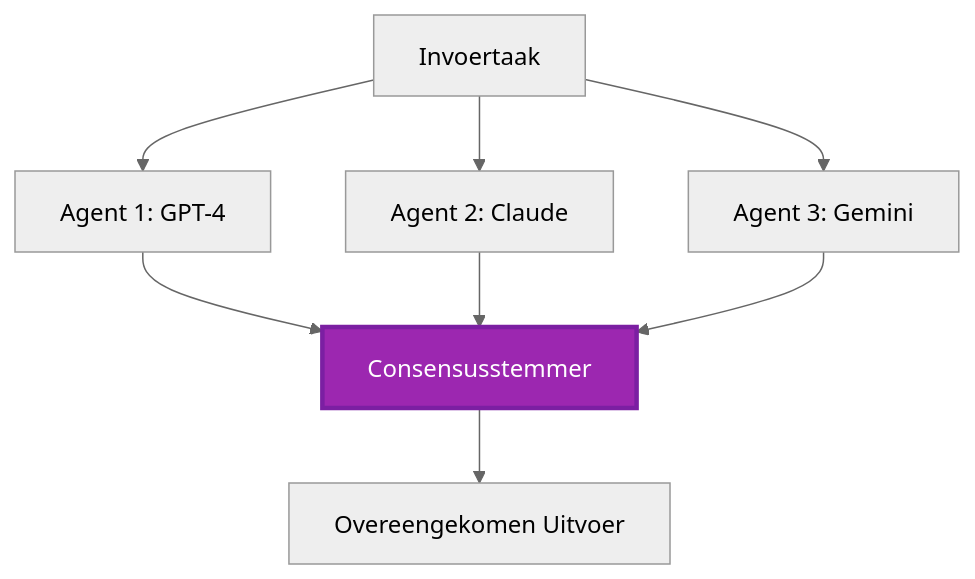
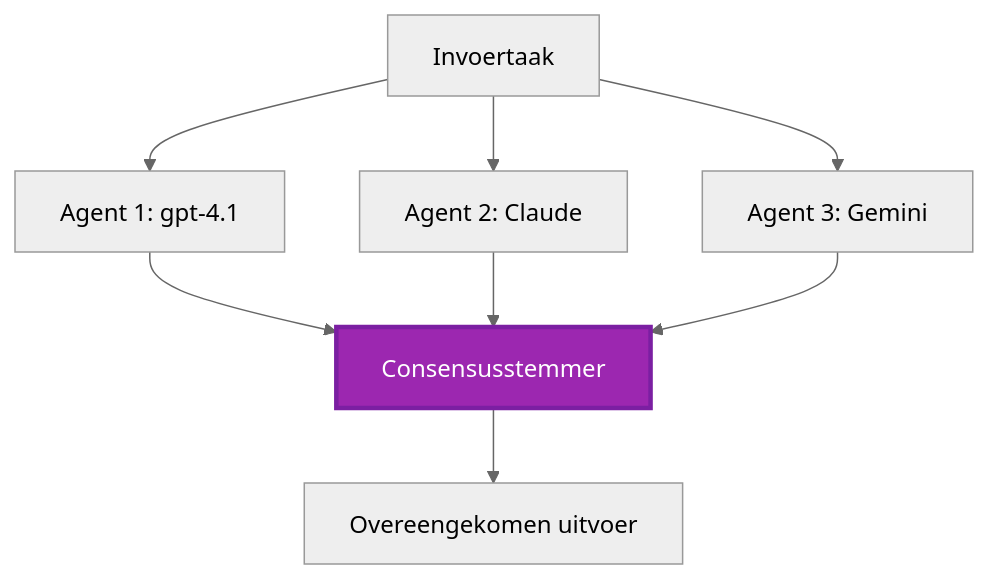
The fifth of 6 diagrams in translations/nl/docs/chapter-06-pre-deployment/coordination-patterns.md (microsoft/AZD-for-beginners), drawn with Mermaid (neutral theme) before and after one commit. The commit also changed other lines of this file and 101 other files, not shown here.

````diff
--- a/translations/nl/docs/chapter-06-pre-deployment/coordination-patterns.md
+++ b/translations/nl/docs/chapter-06-pre-deployment/coordination-patterns.md
@@ -231,19 +226,19 @@
 ```mermaid
 graph TB
     Input[Invoertaak]
-    Agent1[Agent 1: GPT-4]
+    Agent1[Agent 1: gpt-4.1]
     Agent2[Agent 2: Claude]
     Agent3[Agent 3: Gemini]
     Voter[Consensusstemmer]
-    Output[Overeengekomen Uitvoer]
+    Output[Overeengekomen uitvoer]
     
     Input --> Agent1
     Input --> Agent2
     Input --> Agent3
     Agent1 --> Voter
     Agent2 --> Voter
     Agent3 --> Voter
     Voter --> Output
     
     style Voter fill:#9C27B0,stroke:#7B1FA2,stroke-width:3px,color:#fff
 ```
````
